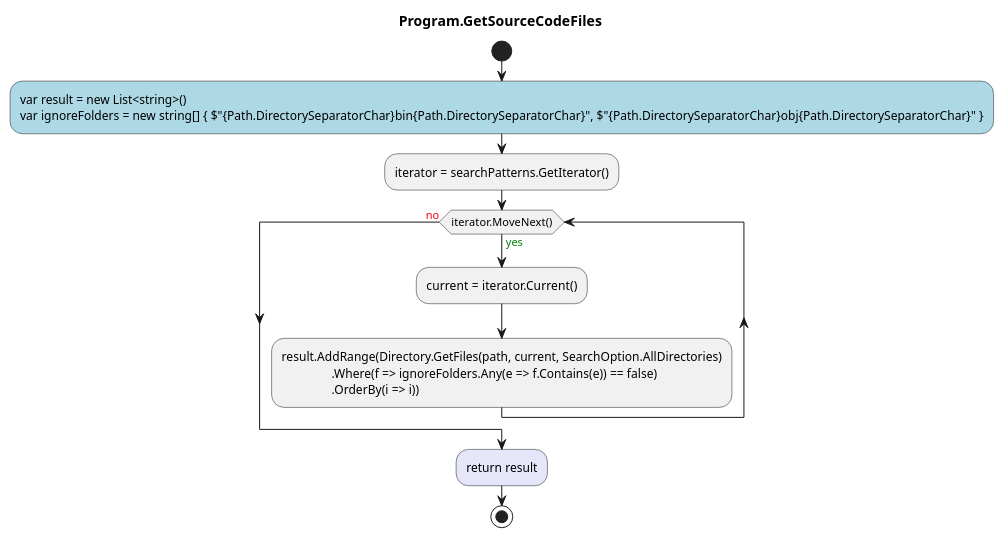
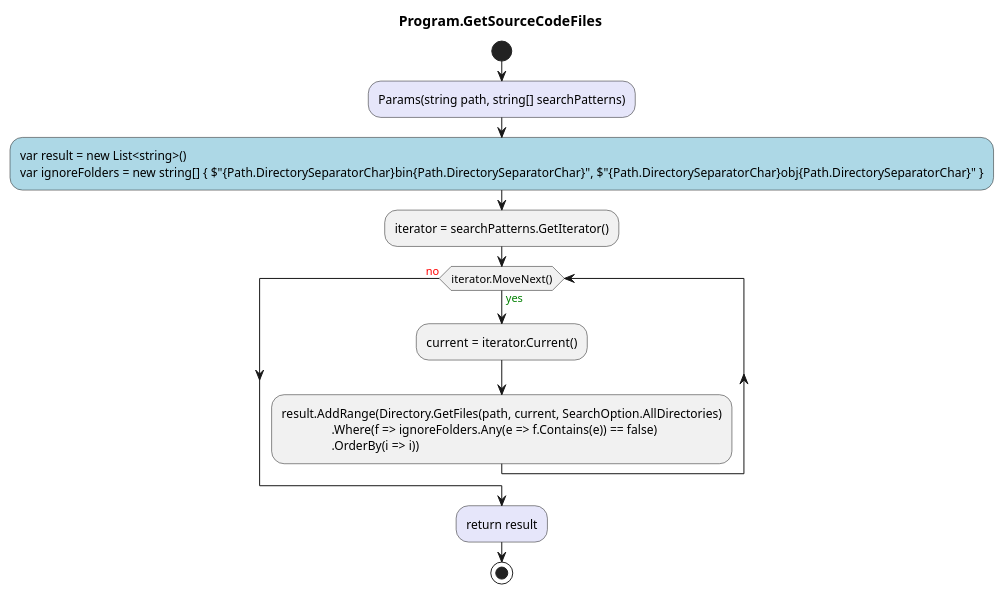
Before and after one commit to leoggehrer/2324-34_ABIF_ACIF_POSE: the diagram in PlantUML.ConApp/Diagrams/ac_Program_GetSourceCodeFiles.puml, drawn with PlantUML. The commit also changed 227 other files, not shown here.

Commit message:
Changed folder name from Diagrams to diagrams.

```diff
--- a/PlantUML.ConApp/Diagrams/ac_Program_GetSourceCodeFiles.puml
+++ b/PlantUML.ConApp/Diagrams/ac_Program_GetSourceCodeFiles.puml
@@ -1,15 +1,16 @@
 @startuml Program.GetSourceCodeFiles
 title Program.GetSourceCodeFiles
 start
+#Lavender:Params(string path, string[] searchPatterns);
 #LightBlue:var result = new List<string>()
 var ignoreFolders = new string[] { $"{Path.DirectorySeparatorChar}bin{Path.DirectorySeparatorChar}", $"{Path.DirectorySeparatorChar}obj{Path.DirectorySeparatorChar}" };
 :iterator = searchPatterns.GetIterator();
 while (iterator.MoveNext()) is (<color:green>yes)
 :current = iterator.Current();
       :result.AddRange(Directory.GetFiles(path, current, SearchOption.AllDirectories)
                       .Where(f => ignoreFolders.Any(e => f.Contains(e)) == false)
                       .OrderBy(i => i));
 endwhile (<color:red>no)
 #Lavender:return result;
 stop
 @enduml
```
